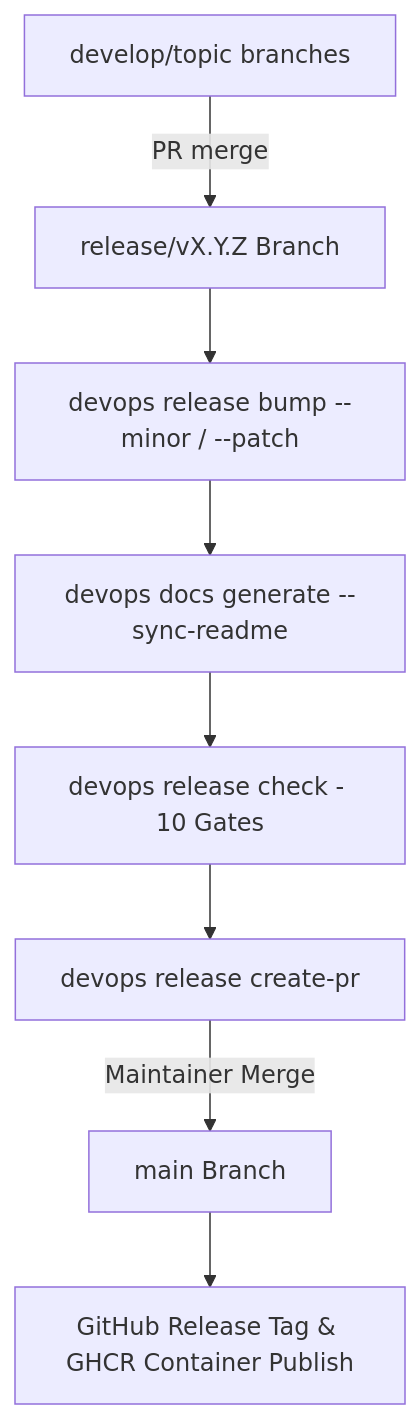
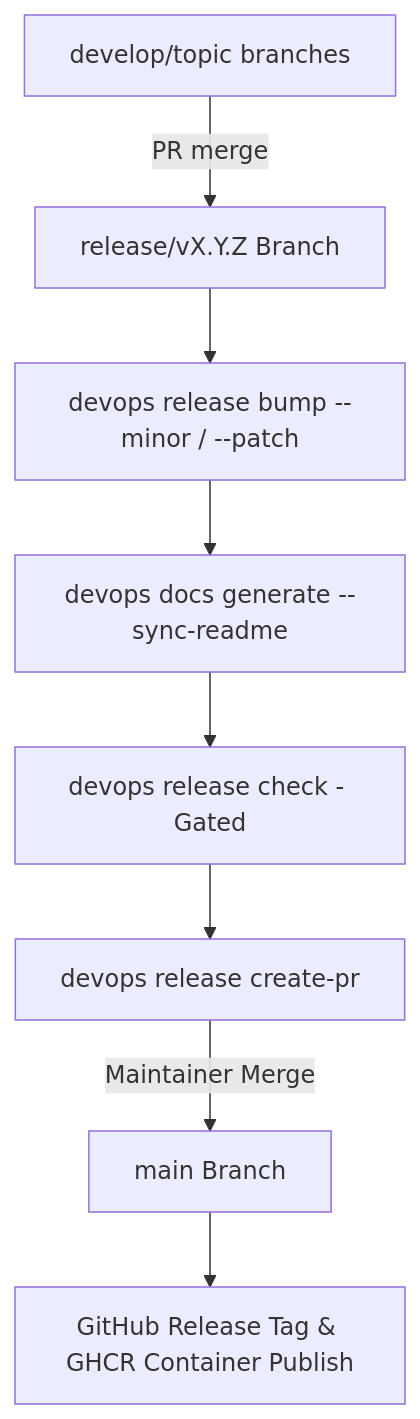
The diagram in src/devops_cli/ai/knowledge_base/devops_cli/tasks/release_management.md (dan-petty/devops-cli), drawn with Mermaid before and after one commit. The commit also changed other lines of this file and 112 other files, not shown here.

````diff
--- a/src/devops_cli/ai/knowledge_base/devops_cli/tasks/release_management.md
+++ b/src/devops_cli/ai/knowledge_base/devops_cli/tasks/release_management.md
@@ -11,10 +11,10 @@
 ```mermaid
 graph TD
     A[develop/topic branches] -->|PR merge| B[release/vX.Y.Z Branch]
     B --> C[devops release bump --minor / --patch]
     C --> D[devops docs generate --sync-readme]
-    D --> E[devops release check - 10 Gates]
+    D --> E[devops release check - Gated]
     E --> F[devops release create-pr]
     F -->|Maintainer Merge| G[main Branch]
     G --> H[GitHub Release Tag & GHCR Container Publish]
 ```
````
